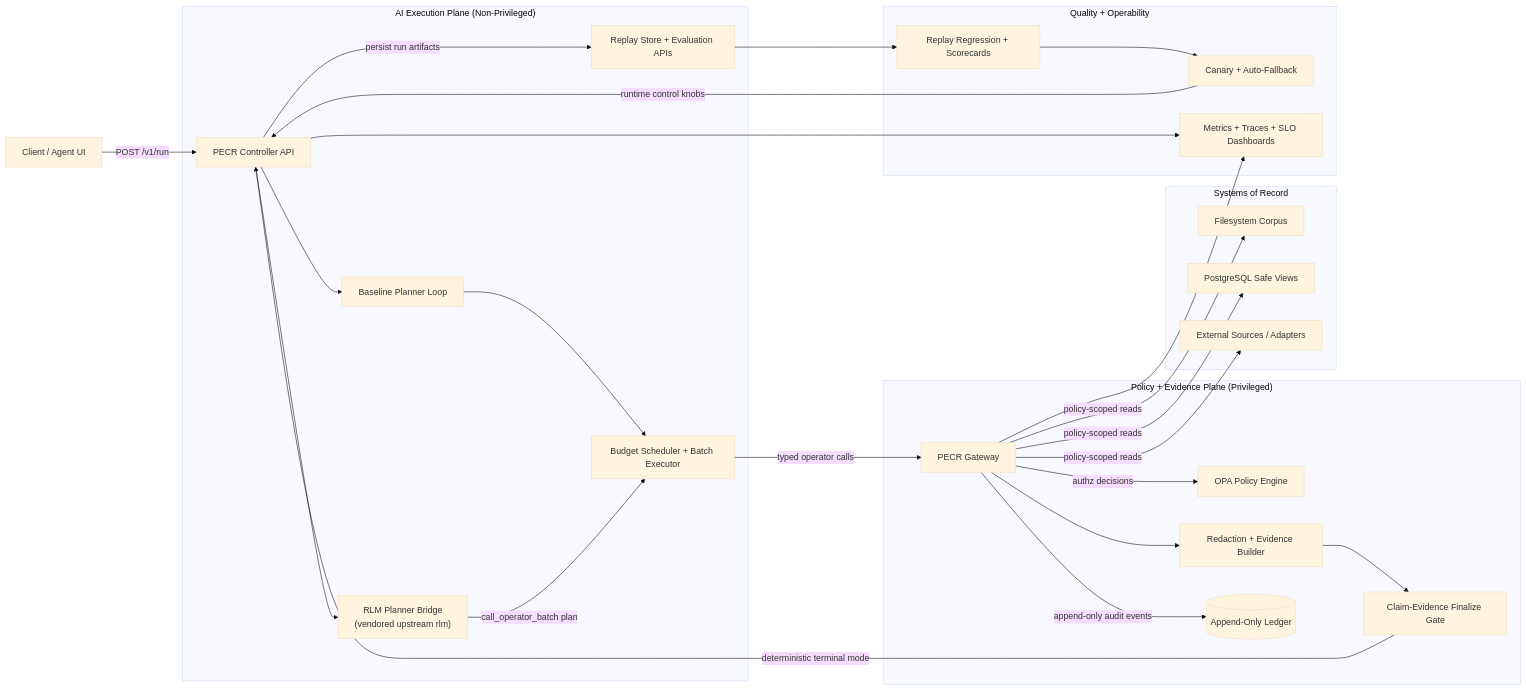
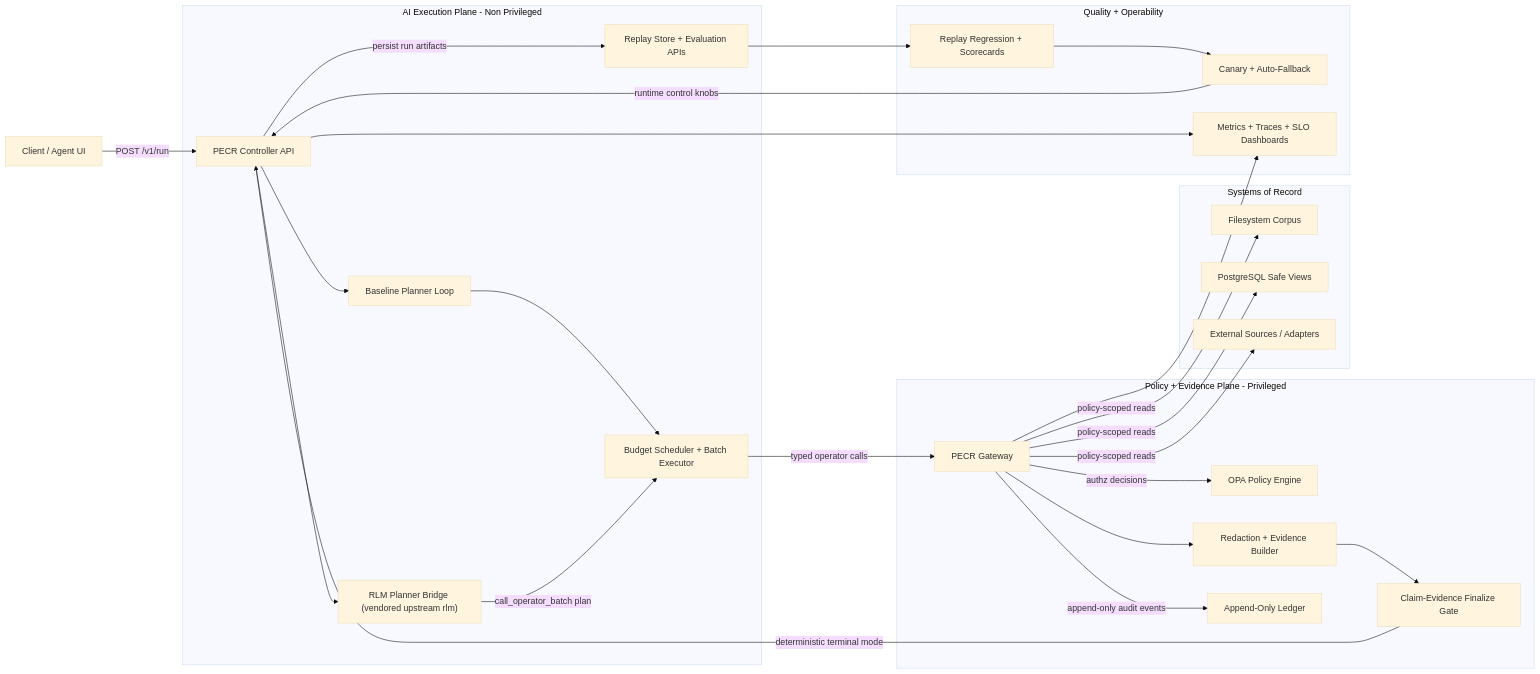
The diagram in README.md (aliuyar1234/PECR), drawn with Mermaid (base theme) before and after one commit. The commit also changed other lines of this file and 13 other files, not shown here.

````diff
--- a/README.md
+++ b/README.md
@@ -27,57 +27,57 @@
 ```mermaid
 flowchart LR
     Client["Client / Agent UI"]
 
-    subgraph AIPlane["AI Execution Plane (Non-Privileged)"]
+    subgraph AIPlane["AI Execution Plane - Non Privileged"]
       Controller["PECR Controller API"]
       Baseline["Baseline Planner Loop"]
-      RLM["RLM Planner Bridge<br/>(vendored upstream rlm)"]
+      RLM["RLM Planner Bridge (vendored upstream rlm)"]
       Scheduler["Budget Scheduler + Batch Executor"]
       Replay["Replay Store + Evaluation APIs"]
     end
 
-    subgraph Governance["Policy + Evidence Plane (Privileged)"]
+    subgraph Governance["Policy + Evidence Plane - Privileged"]
       Gateway["PECR Gateway"]
       OPA["OPA Policy Engine"]
       Evidence["Redaction + Evidence Builder"]
       Finalize["Claim-Evidence Finalize Gate"]
-      Ledger[("Append-Only Ledger")]
+      Ledger["Append-Only Ledger"]
     end
 
     subgraph SoR["Systems of Record"]
       FS["Filesystem Corpus"]
       PG["PostgreSQL Safe Views"]
       EXT["External Sources / Adapters"]
     end
 
     subgraph Ops["Quality + Operability"]
       Eval["Replay Regression + Scorecards"]
       Canary["Canary + Auto-Fallback"]
       Obs["Metrics + Traces + SLO Dashboards"]
     end
 
     Client -->|POST /v1/run| Controller
     Controller --> Baseline
     Controller --> RLM
     Baseline --> Scheduler
     RLM -->|call_operator_batch plan| Scheduler
 
     Scheduler -->|typed operator calls| Gateway
     Gateway -->|authz decisions| OPA
     Gateway --> Evidence
     Evidence --> Finalize
     Finalize -->|deterministic terminal mode| Controller
 
     Gateway -->|policy-scoped reads| FS
     Gateway -->|policy-scoped reads| PG
     Gateway -->|policy-scoped reads| EXT
     Gateway -->|append-only audit events| Ledger
 
     Controller -->|persist run artifacts| Replay
     Replay --> Eval
     Eval --> Canary
     Canary -->|runtime control knobs| Controller
 
     Controller --> Obs
     Gateway --> Obs
 ```
````
